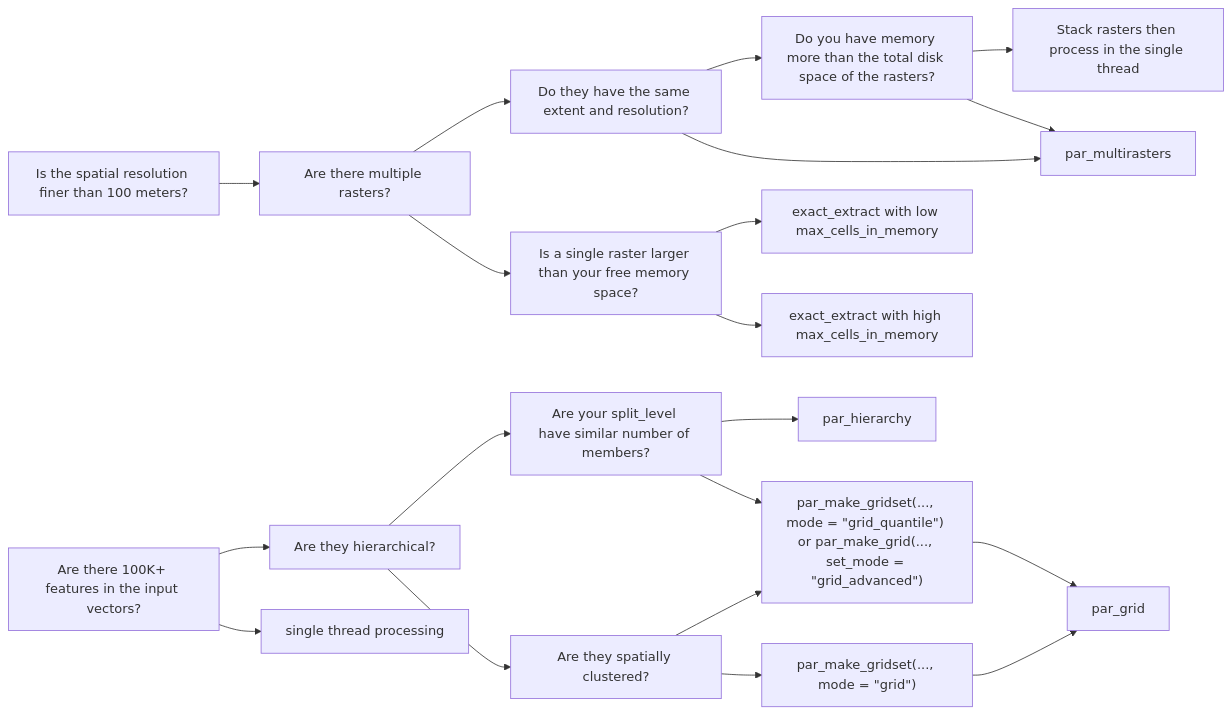
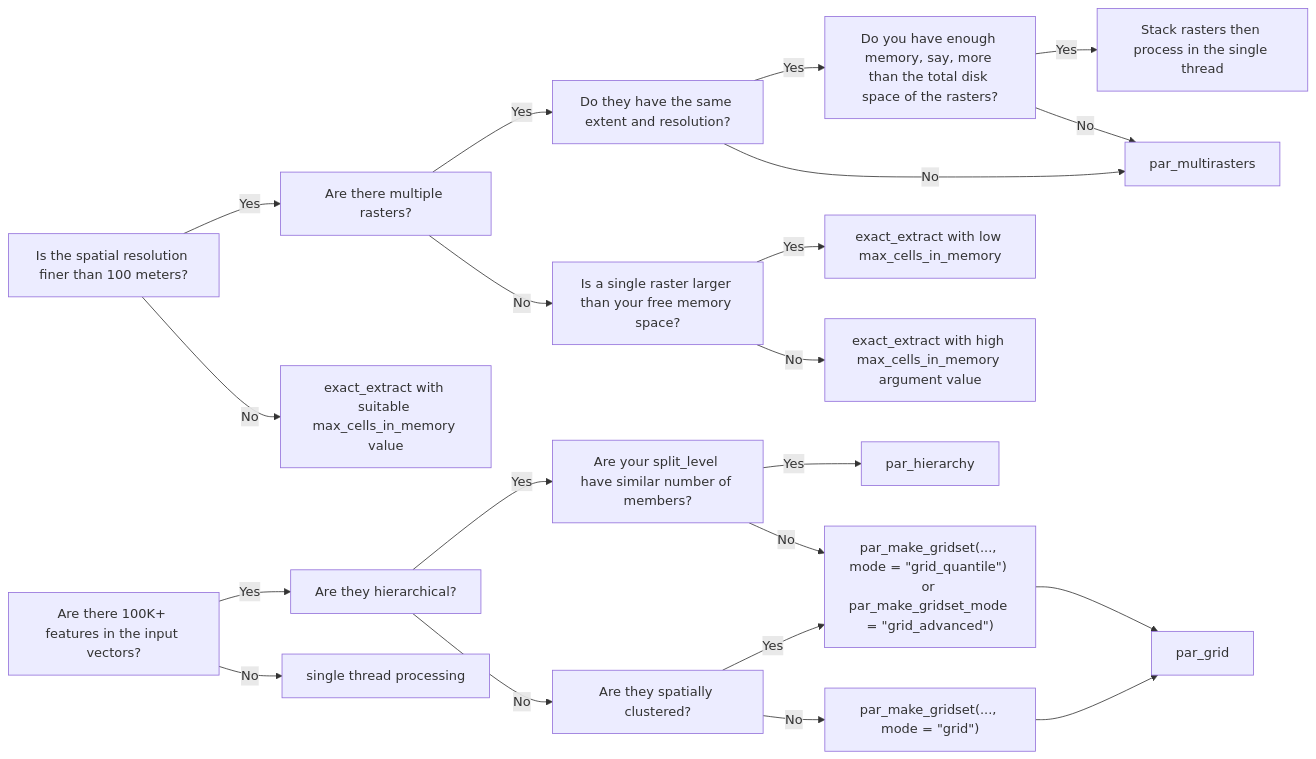
One commit to ropensci/chopin changed the diagram in README.md. Above: the diagram before and after it, drawn with Mermaid. The commit also changed other lines of this file and 2 other files, not shown here.

````diff
--- a/README.md
+++ b/README.md
@@ -100,40 +105,43 @@
 ``` mermaid
 graph LR
     n72366978["Is the spatial resolution finer than 100 meters?"]
     n21640044["Are there 100K+ features in the input vectors?"]
     n38371203["Are there multiple rasters?"]
+    n9291599["exact_extract with suitable max_cells_in_memory value"]
     n84295645["Are they hierarchical?"]
     n82902796["single thread processing"]
     n76722667["Do they have the same extent and resolution?"]
     n53137122["Is a single raster larger than your free memory space?"]
     n34878990["Are your split_level have similar number of members?"]
     n27787116["Are they spatially clustered?"]
-    n38458721["Do you have memory more than the total disk space of the rasters?"]
+    n38458721["Do you have enough memory, say, more than the total disk space of the rasters?"]
     n10339179["exact_extract with low max_cells_in_memory"]
-    n95964029["exact_extract with high max_cells_in_memory"]
+    n95964029["exact_extract with high max_cells_in_memory argument value"]
     n89847105["par_hierarchy"]
-    n94475834["par_make_gridset(..., mode = #quot;grid_quantile#quot;) or par_make_grid(..., set_mode = #quot;grid_advanced#quot;)"]
+    n94475834["par_make_gridset(..., mode = #quot;grid_quantile#quot;) or par_make_gridset_mode = #quot;grid_advanced#quot;)"]
     n77415399["par_make_gridset(..., mode = #quot;grid#quot;)"]
     n65357807["Stack rasters then process in the single thread"]
     n60994964["par_multirasters"]
     n64849552["par_grid"]
-    n72366978 --> n38371203
-    n21640044 --> n84295645
-    n21640044 --> n82902796
-    n38371203 --> n76722667
-    n38371203 --> n53137122
-    n84295645 --> n34878990
-    n84295645 --> n27787116
-    n76722667 --> n38458721
-    n76722667 --> n60994964
-    n53137122 --> n10339179
-    n53137122 --> n95964029
-    n34878990 --> n89847105
-    n34878990 --> n94475834
-    n27787116 --> n94475834
-    n27787116 --> n77415399
-    n38458721 --> n65357807
-    n38458721 --> n60994964
+    n72366978 -->|Yes| n38371203
+    n72366978 -->|No| n9291599
+    n21640044 -->|Yes| n84295645
+    n21640044 -->|No| n82902796
+    n38371203 -->|Yes| n76722667
+    n38371203 -->|No| n53137122
+    n84295645 -->|Yes| n34878990
+    n84295645 -->|No| n27787116
+    n76722667 -->|Yes| n38458721
+    n76722667 -->|No| n60994964
+    n53137122 -->|Yes| n10339179
+    n53137122 -->|No| n95964029
+    n34878990 -->|Yes| n89847105
+    n34878990 -->|No| n94475834
+    n27787116 -->|Yes| n94475834
+    n27787116 -->|No| n77415399
+    n38458721 -->|Yes| n65357807
+    n38458721 -->|No| n60994964
     n94475834 --> n64849552
     n77415399 --> n64849552
+
 ```
````
